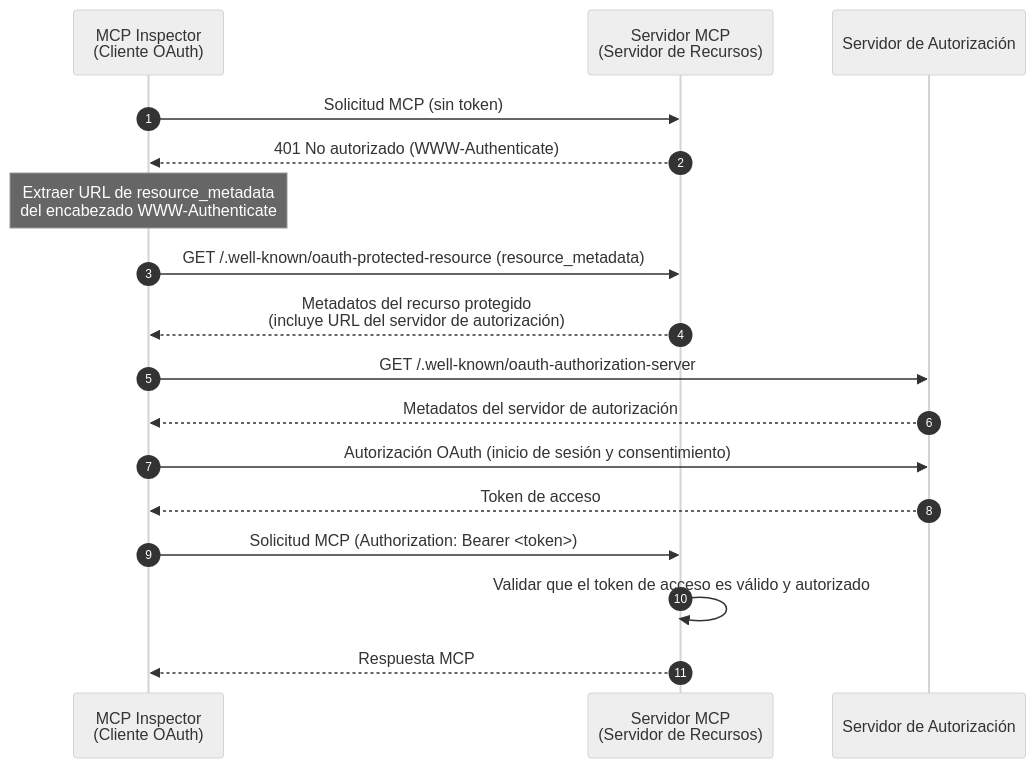
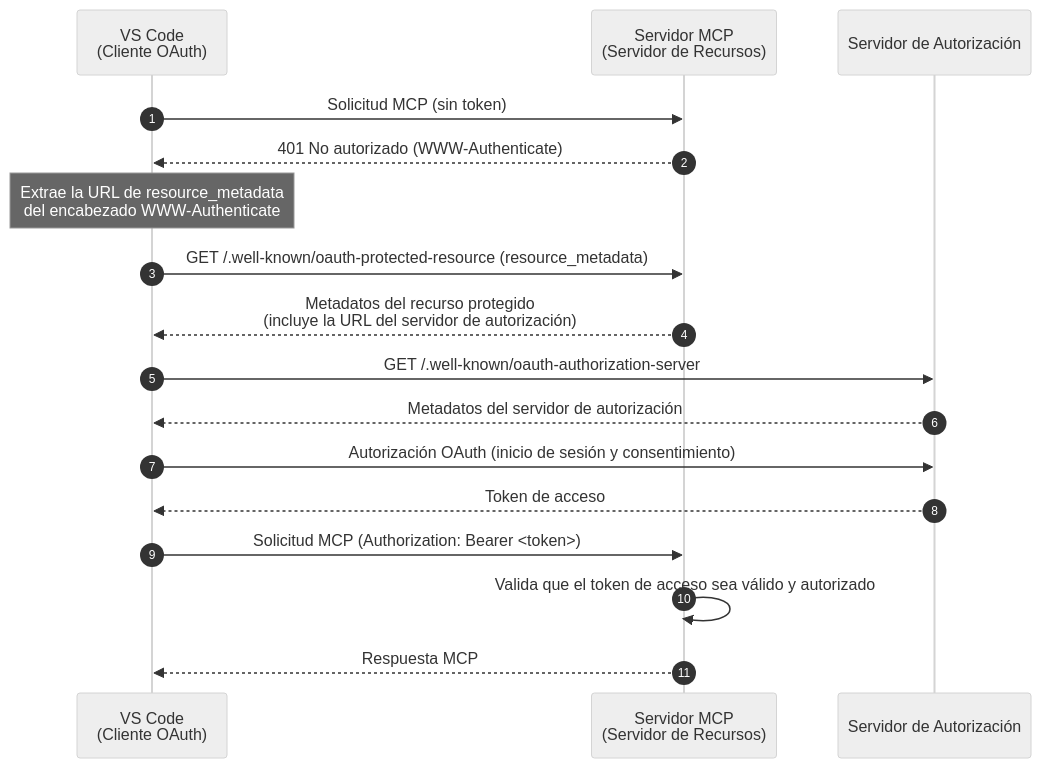
The first of 2 diagrams in i18n/es/docusaurus-plugin-content-docs/current/tutorials/todo-manager/README.mdx (mcp-auth/docs), drawn with Mermaid (neutral theme) before and after one commit. The commit also changed other lines of this file and 18 other files, not shown here.

````diff
--- a/i18n/es/docusaurus-plugin-content-docs/current/tutorials/todo-manager/README.mdx
+++ b/i18n/es/docusaurus-plugin-content-docs/current/tutorials/todo-manager/README.mdx
@@ -38,23 +40,23 @@
 ```mermaid
 sequenceDiagram
   autonumber
-  participant Client as MCP Inspector<br/>(Cliente OAuth)
+  participant Client as VS Code<br/>(Cliente OAuth)
   participant RS as Servidor MCP<br/>(Servidor de Recursos)
   participant AS as Servidor de Autorización
 
   Client->>RS: Solicitud MCP (sin token)
   RS-->>Client: 401 No autorizado (WWW-Authenticate)
-  Note over Client: Extraer URL de resource_metadata<br/>del encabezado WWW-Authenticate
+  Note over Client: Extrae la URL de resource_metadata<br/>del encabezado WWW-Authenticate
 
   Client->>RS: GET /.well-known/oauth-protected-resource (resource_metadata)
-  RS-->>Client: Metadatos del recurso protegido<br/>(incluye URL del servidor de autorización)
+  RS-->>Client: Metadatos del recurso protegido<br/>(incluye la URL del servidor de autorización)
 
   Client->>AS: GET /.well-known/oauth-authorization-server
   AS-->>Client: Metadatos del servidor de autorización
   Client->>AS: Autorización OAuth (inicio de sesión y consentimiento)
   AS-->>Client: Token de acceso
 
   Client->>RS: Solicitud MCP (Authorization: Bearer <token>)
-  RS->>RS: Validar que el token de acceso es válido y autorizado
+  RS->>RS: Valida que el token de acceso sea válido y autorizado
   RS-->>Client: Respuesta MCP
 ```
````
